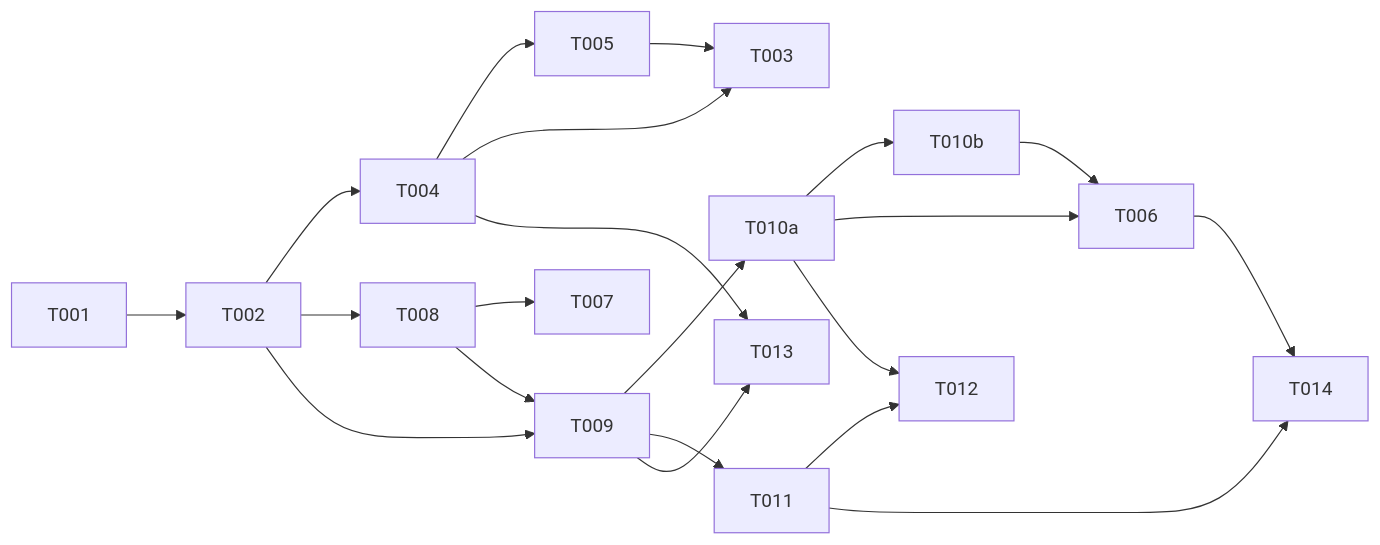
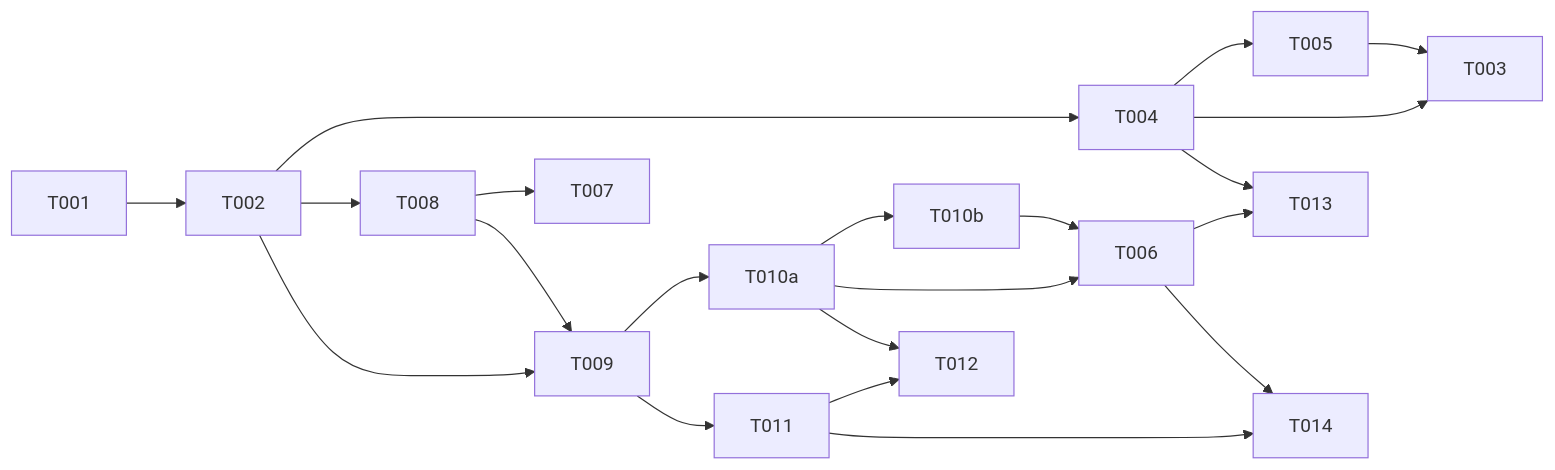
Before and after one commit to UnderUndre/undrecreaitwins: the diagram in specs/014-per-assistant-mcp/tasks.md, drawn with Mermaid. The commit also changed other lines of this file and 4 other files, not shown here.

````diff
--- a/specs/014-per-assistant-mcp/tasks.md
+++ b/specs/014-per-assistant-mcp/tasks.md
@@ -112,18 +112,18 @@
 ```mermaid
 graph LR
     T001 --> T002
     T002 --> T004
     T002 --> T008
     T002 --> T009
     T004 --> T005
     T004 & T005 --> T003
     T008 --> T007
     T008 --> T009
     T009 --> T010a
     T010a --> T010b
     T010a & T010b --> T006
     T009 --> T011
     T010a & T011 --> T012
-    T004 & T009 --> T013
+    T004 & T006 --> T013
     T006 & T011 --> T014
 ```
````
